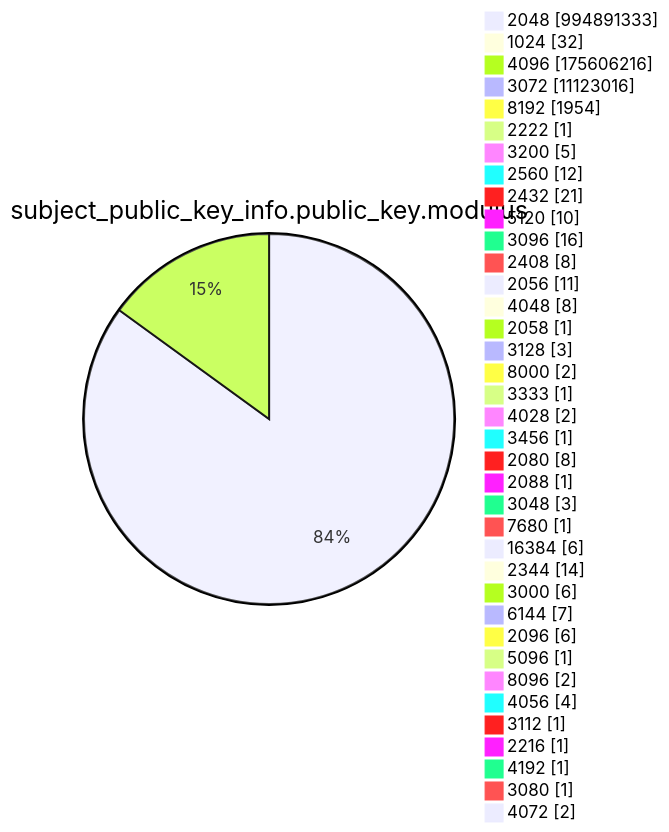
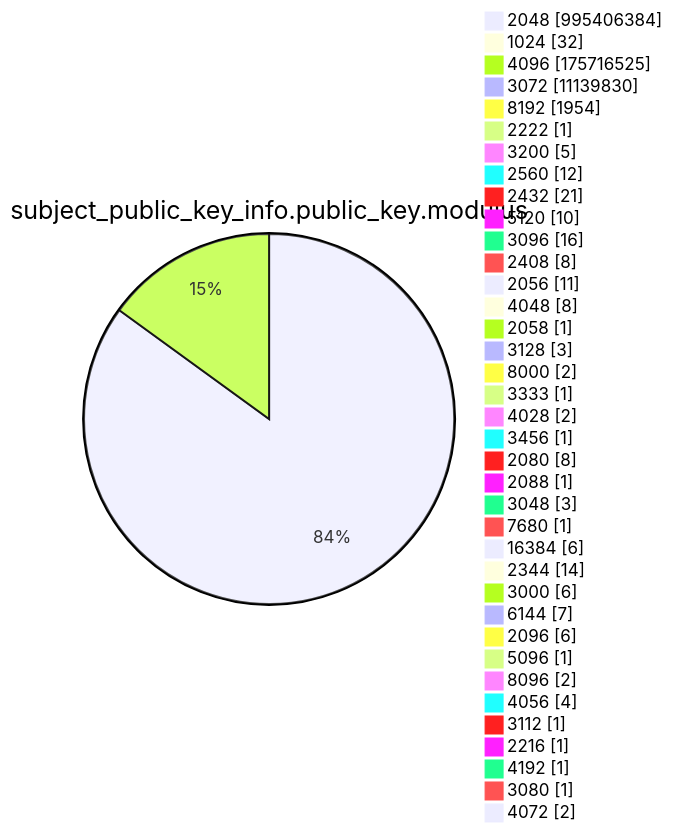
One commit to christiankrug/ctmonitor_visualization changed diagram 13 of 15 in argon2022/README.md. Above: the diagram before and after it, drawn with Mermaid. The commit also changed other lines of this file, not shown here.

````diff
--- a/argon2022/README.md
+++ b/argon2022/README.md
@@ -3587,41 +3587,41 @@
 ```mermaid
 pie showData
 title subject_public_key_info.public_key.modulus
-"2048" :994891333
+"2048" :995406384
 "1024" :32
-"4096" :175606216
-"3072" :11123016
+"4096" :175716525
+"3072" :11139830
 "8192" :1954
 "2222" :1
 "3200" :5
 "2560" :12
 "2432" :21
 "5120" :10
 "3096" :16
 "2408" :8
 "2056" :11
 "4048" :8
 "2058" :1
 "3128" :3
 "8000" :2
 "3333" :1
 "4028" :2
 "3456" :1
 "2080" :8
 "2088" :1
 "3048" :3
 "7680" :1
 "16384" :6
 "2344" :14
 "3000" :6
 "6144" :7
 "2096" :6
 "5096" :1
 "8096" :2
 "4056" :4
 "3112" :1
 "2216" :1
 "4192" :1
 "3080" :1
 "4072" :2
 ```
````
